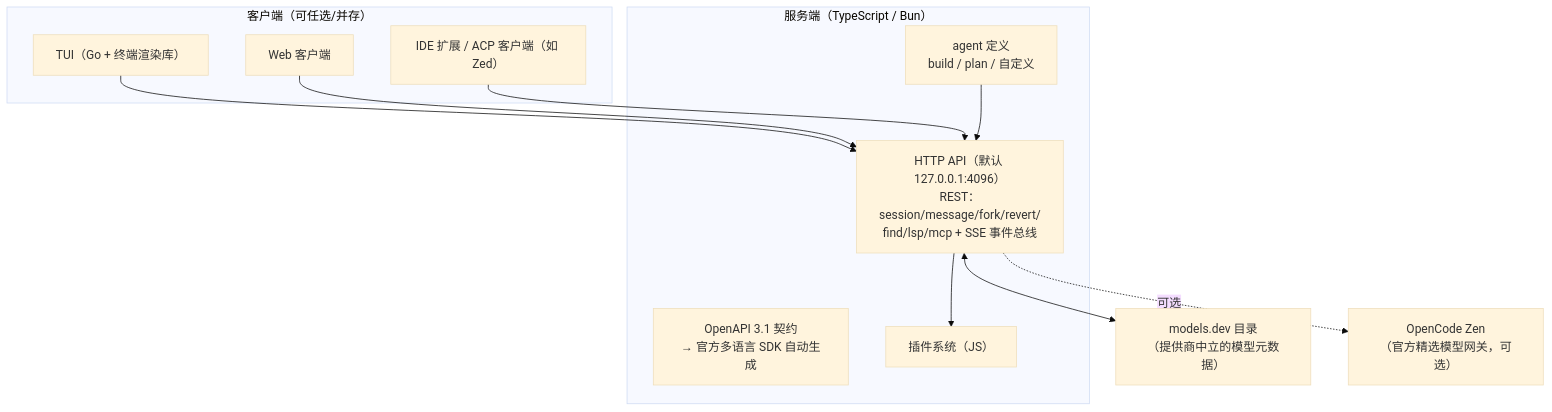
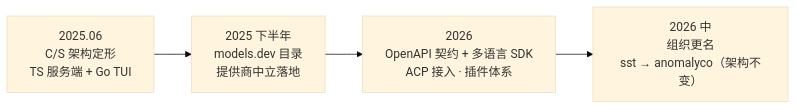
The first of 2 diagrams in src/part2/ch15-opencode.md (chongyi/deep-dive-agents), drawn with Mermaid (base theme) before and after one commit. The commit also changed other lines of this file and 8 other files, not shown here.

Commit message:
第二部分剖析深化：新模板（架构演进与版本锚定/五视角深潜·统一伪代码/概念对照表/呼应速查）；回扣→呼应全书替换；版本锚点经核实（含 OpenCode 无 v2、dsh v0.2.0-rc、Aider 停滞三处纠错）

````diff
--- a/src/part2/ch15-opencode.md
+++ b/src/part2/ch15-opencode.md
@@ -11,24 +15,6 @@
 ```mermaid
-flowchart TB
-    subgraph clients["客户端（可任选/并存）"]
-        tui["TUI（Go + 终端渲染库）"]
-        web["Web 客户端"]
-        ide["IDE 扩展 / ACP 客户端（如 Zed）"]
-    end
-    subgraph server["服务端（TypeScript / Bun）"]
-        api["HTTP API（默认 127.0.0.1:4096）<br/>REST：session/message/fork/revert/<br/>find/lsp/mcp + SSE 事件总线"]
-        openapi["OpenAPI 3.1 契约<br/>→ 官方多语言 SDK 自动生成"]
-        plugins["插件系统（JS）"]
-        agents["agent 定义<br/>build / plan / 自定义"]
-    end
-    models["models.dev 目录<br/>（提供商中立的模型元数据）"]
-    zen["OpenCode Zen<br/>（官方精选模型网关，可选）"]
-
-    tui --> api
-    web --> api
-    ide --> api
-    api --> plugins
-    agents --> api
-    api <--> models
-    api -.可选.-> zen
+flowchart LR
+    a["2025.06<br/>C/S 架构定形<br/>TS 服务端 + Go TUI"] --> b["2025 下半年<br/>models.dev 目录<br/>提供商中立落地"]
+    b --> c["2026<br/>OpenAPI 契约 + 多语言 SDK<br/>ACP 接入 · 插件体系"]
+    c --> d["2026 中<br/>组织更名<br/>sst → anomalyco（架构不变）"]
 ```
````
